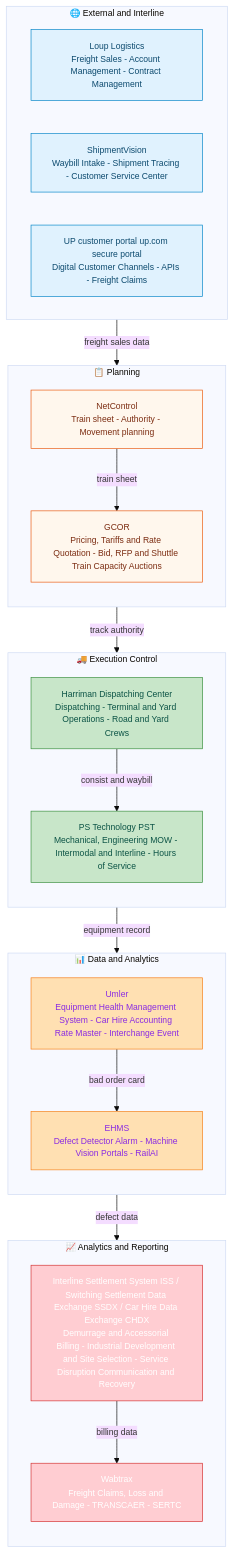
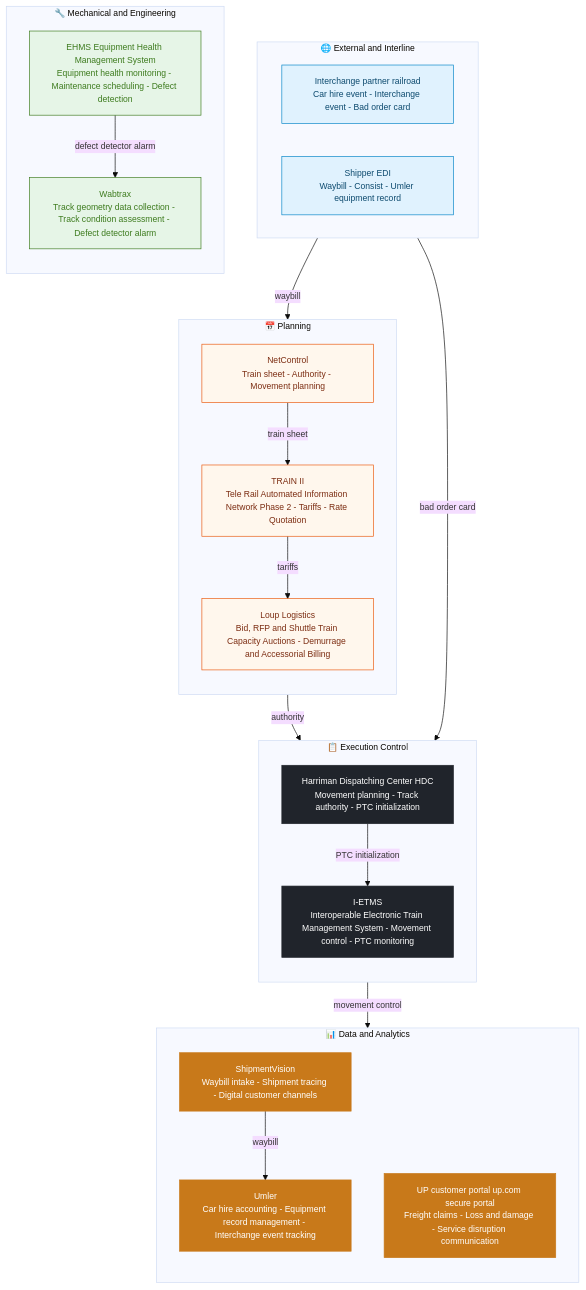
The diagram in diagrams/ea-10.mmd (ghatk047/rail-wiki), drawn with Mermaid before and after one commit. The commit also changed 3 other files, not shown here.

```diff
--- a/diagrams/ea-10.mmd
+++ b/diagrams/ea-10.mmd
@@ -1,53 +1,56 @@
 %%{init: {'theme':'base','themeVariables':{'fontSize':'13px','fontFamily':'Helvetica Neue, Helvetica, Arial, sans-serif'}}}%%
 flowchart TB
 
-  subgraph EXT["🌐 External and Interline"]
+  subgraph EXTERNAL_AND_INTERLINE["🌐 External and Interline"]
     direction LR
-    LL["Loup Logistics\nFreight Sales - Account Management - Contract Management"]
-    SV["ShipmentVision\nWaybill Intake - Shipment Tracing - Customer Service Center"]
-    UP["UP customer portal up.com secure portal\nDigital Customer Channels - APIs - Freight Claims"]
+    INTERCHANGE_PARTNER["Interchange partner railroad\nCar hire event - Interchange event - Bad order card"]
+    SHIPPER_EDI["Shipper EDI\nWaybill - Consist - Umler equipment record"]
   end
 
-  subgraph PLAN["📋 Planning"]
+  subgraph PLANNING["📅 Planning"]
     direction TB
-    NC["NetControl\nTrain sheet - Authority - Movement planning"]
-    GCOR["GCOR\nPricing, Tariffs and Rate Quotation - Bid, RFP and Shuttle Train Capacity Auctions"]
-    LL -->|"freight sales data"| NC
-    NC -->|"train sheet"| GCOR
+    NETCONTROL["NetControl\nTrain sheet - Authority - Movement planning"]
+    TRAINII["TRAIN II\nTele Rail Automated Information Network Phase 2 - Tariffs - Rate Quotation"]
+    LOUP_LOGISTICS["Loup Logistics\nBid, RFP and Shuttle Train Capacity Auctions - Demurrage and Accessorial Billing"]
+    NETCONTROL -->|"train sheet"| TRAINII
   end
 
-  subgraph EXEC["🚚 Execution Control"]
+  subgraph EXECUTION_CONTROL["📋 Execution Control"]
     direction TB
-    HDC["Harriman Dispatching Center\nDispatching - Terminal and Yard Operations - Road and Yard Crews"]
-    PST["PS Technology PST\nMechanical, Engineering MOW - Intermodal and Interline - Hours of Service"]
-    NC -->|"track authority"| HDC
-    HDC -->|"consist and waybill"| PST
+    HDC["Harriman Dispatching Center HDC\nMovement planning - Track authority - PTC initialization"]
+    IETMS["I-ETMS\nInteroperable Electronic Train Management System - Movement control - PTC monitoring"]
+    NETCONTROL -->|"authority"| HDC
   end
 
-  subgraph DATA["📊 Data and Analytics"]
+  subgraph DATA_AND_ANALYTICS["📊 Data and Analytics"]
     direction TB
-    UMLER["Umler\nEquipment Health Management System - Car Hire Accounting Rate Master - Interchange Event"]
-    EHMS["EHMS\nDefect Detector Alarm - Machine Vision Portals - RailAI"]
-    PST -->|"equipment record"| UMLER
-    UMLER -->|"bad order card"| EHMS
+    SHIPMENTSIGHT["ShipmentVision\nWaybill intake - Shipment tracing - Digital customer channels"]
+    UP_PORTAL["UP customer portal up.com secure portal\nFreight claims - Loss and damage - Service disruption communication"]
+    UMLER["Umler\nCar hire accounting - Equipment record management - Interchange event tracking"]
+    SHIPMENTSIGHT -->|"waybill"| UMLER
   end
 
-  subgraph ANALYTICS["📈 Analytics and Reporting"]
+  subgraph MECHANICAL_AND_ENGINEERING["🔧 Mechanical and Engineering"]
     direction TB
-    ISS["Interline Settlement System ISS / Switching Settlement Data Exchange SSDX / Car Hire Data Exchange CHDX\nDemurrage and Accessorial Billing - Industrial Development and Site Selection - Service Disruption Communication and Recovery"]
-    WABTRAX["Wabtrax\nFreight Claims, Loss and Damage - TRANSCAER - SERTC"]
-    EHMS -->|"defect data"| ISS
-    ISS -->|"billing data"| WABTRAX
+    EHMS["EHMS Equipment Health Management System\nEquipment health monitoring - Maintenance scheduling - Defect detection"]
+    WABTRAX["Wabtrax\nTrack geometry data collection - Track condition assessment - Defect detector alarm"]
   end
 
-  classDef ext  fill:#e0f2fe,stroke:#0284c7,color:#0c4a6e
+  INTERCHANGE_PARTNER -->|"bad order card"| HDC
+  SHIPPER_EDI -->|"waybill"| NETCONTROL
+  TRAINII -->|"tariffs"| LOUP_LOGISTICS
+  HDC -->|"PTC initialization"| IETMS
+  IETMS -->|"movement control"| UMLER
+  EHMS -->|"defect detector alarm"| WABTRAX
+
+  classDef ext fill:#e0f2fe,stroke:#0284c7,color:#0c4a6e
   classDef plan fill:#fff7ed,stroke:#ea580c,color:#7c2d12
-  classDef exec fill:#c8e6c9,stroke:#388e3c,color:#0b5345
-  classDef data fill:#ffe0b2,stroke:#f57f17,color:#8a2be2
-  classDef analytics fill:#ffcdd2,stroke:#d32f2f,color:#ffffff
+  classDef exec fill:#20242b,color:#fff,stroke:#20242b
+  classDef data fill:#c8791a,color:#fff,stroke:#c8791a
+  classDef mech fill:#e6f5e7,stroke:#3d7b1e,color:#3d7b1e
 
-  class LL,SV,UP ext
-  class NC,GCOR plan
-  class HDC,PST exec
-  class UMLER,EHMS data
-  class ISS,WABTRAX analytics
+  class INTERCHANGE_PARTNER,SHIPPER_EDI ext
+  class NETCONTROL,TRAINII,LOUP_LOGISTICS plan
+  class HDC,IETMS exec
+  class SHIPMENTSIGHT,UP_PORTAL,UMLER data
+  class EHMS,WABTRAX mech
```
